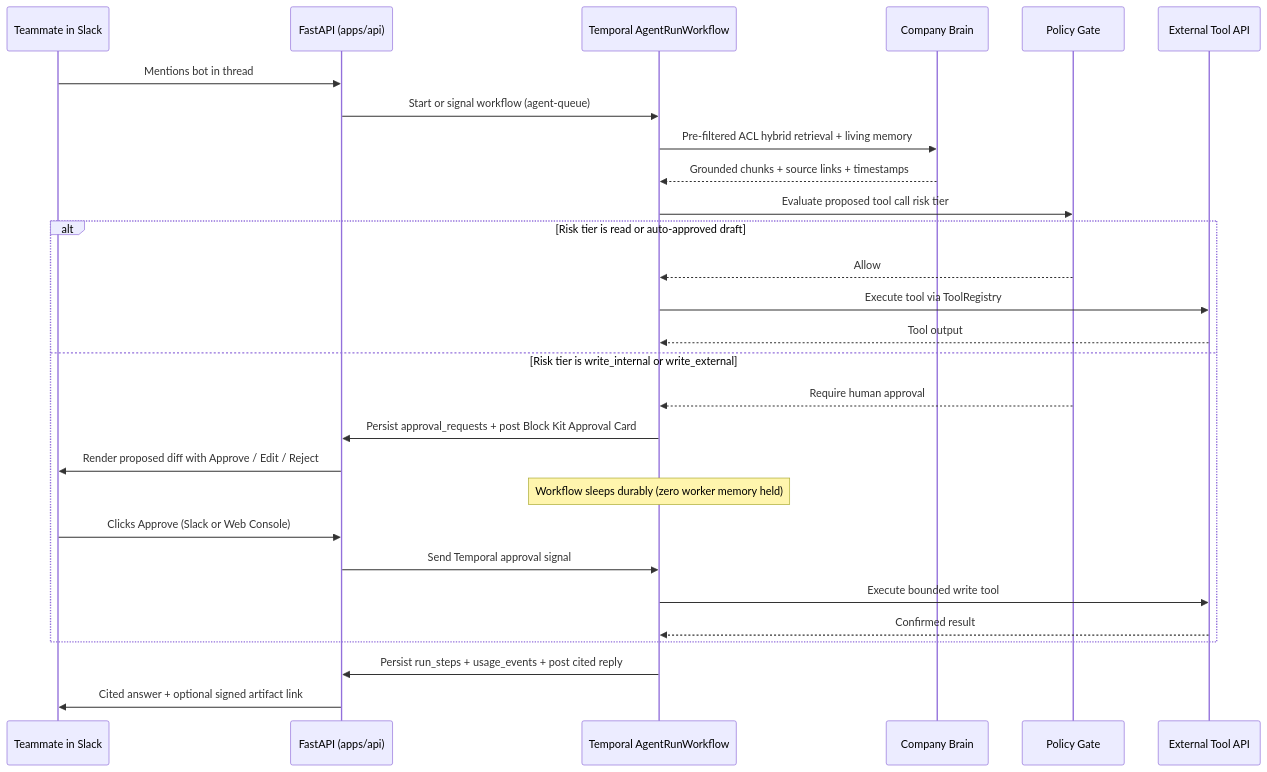
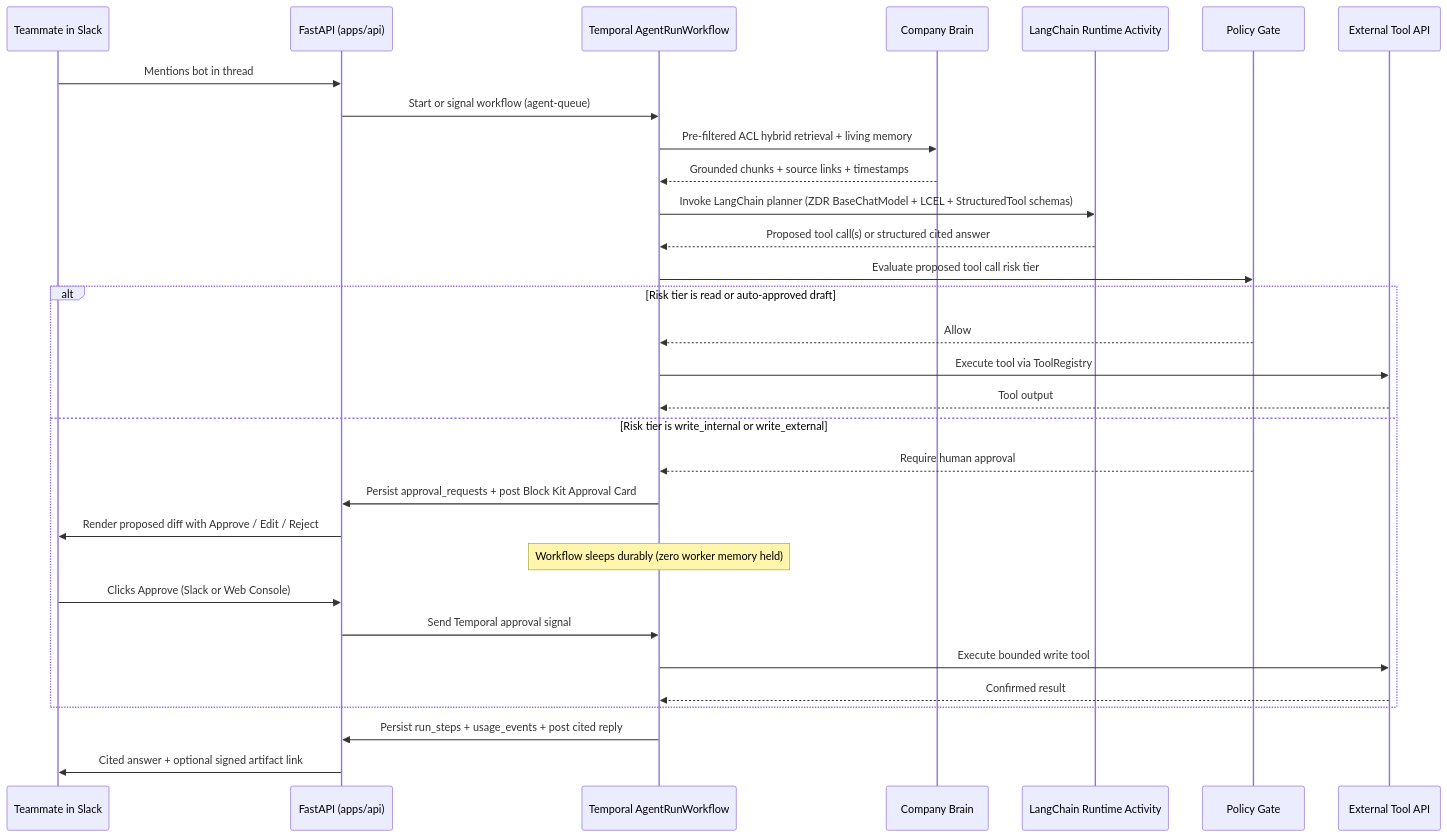
Before and after one commit to raghulchandramouli/ceo: the fourth of 5 diagrams in .cursor/plans/architecture-diagrams.md, drawn with Mermaid. The commit also changed other lines of this file and 10 other files, not shown here.

First line of the commit message:
Record LangChain as the agent runtime and lock the import layers.

````diff
--- a/.cursor/plans/architecture-diagrams.md
+++ b/.cursor/plans/architecture-diagrams.md
@@ -176,31 +176,34 @@
 ```mermaid
 sequenceDiagram
   participant User as Teammate in Slack
   participant API as FastAPI (apps/api)
   participant WF as Temporal AgentRunWorkflow
   participant Brain as Company Brain
+  participant LC as LangChain Runtime Activity
   participant Policy as Policy Gate
   participant Tool as External Tool API
 
   User->>API: Mentions bot in thread
   API->>WF: Start or signal workflow (agent-queue)
   WF->>Brain: Pre-filtered ACL hybrid retrieval + living memory
   Brain-->>WF: Grounded chunks + source links + timestamps
+  WF->>LC: Invoke LangChain planner (ZDR BaseChatModel + LCEL + StructuredTool schemas)
+  LC-->>WF: Proposed tool call(s) or structured cited answer
   WF->>Policy: Evaluate proposed tool call risk tier
   alt Risk tier is read or auto-approved draft
     Policy-->>WF: Allow
     WF->>Tool: Execute tool via ToolRegistry
     Tool-->>WF: Tool output
   else Risk tier is write_internal or write_external
     Policy-->>WF: Require human approval
     WF->>API: Persist approval_requests + post Block Kit Approval Card
     API->>User: Render proposed diff with Approve / Edit / Reject
     Note over WF: Workflow sleeps durably (zero worker memory held)
     User->>API: Clicks Approve (Slack or Web Console)
     API->>WF: Send Temporal approval signal
     WF->>Tool: Execute bounded write tool
     Tool-->>WF: Confirmed result
   end
   WF->>API: Persist run_steps + usage_events + post cited reply
   API->>User: Cited answer + optional signed artifact link
 ```
````
